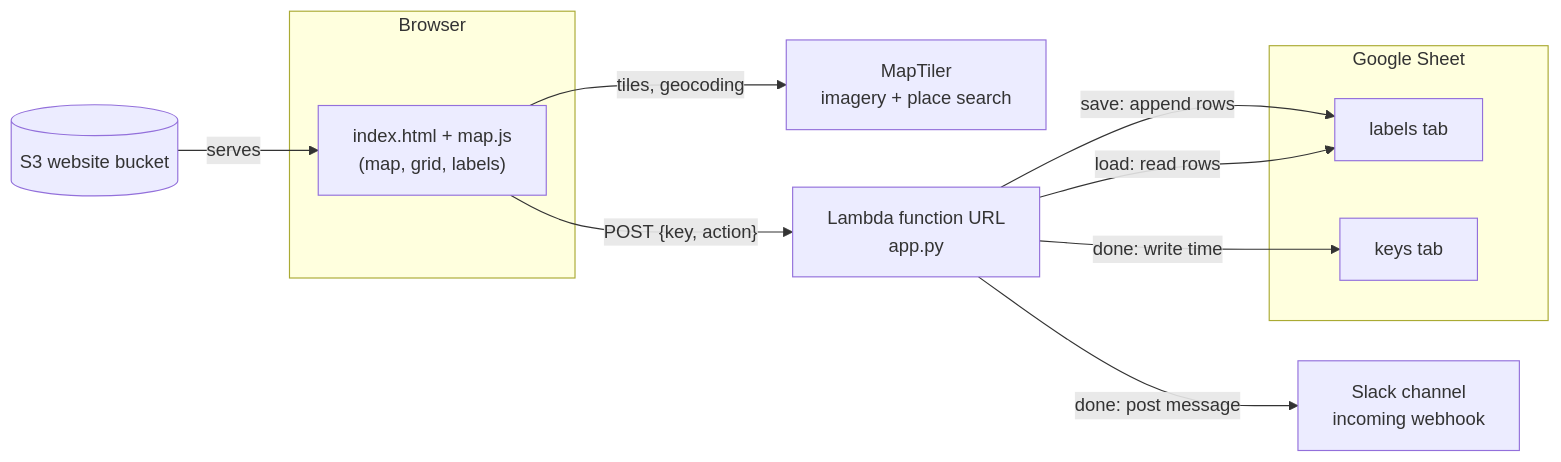
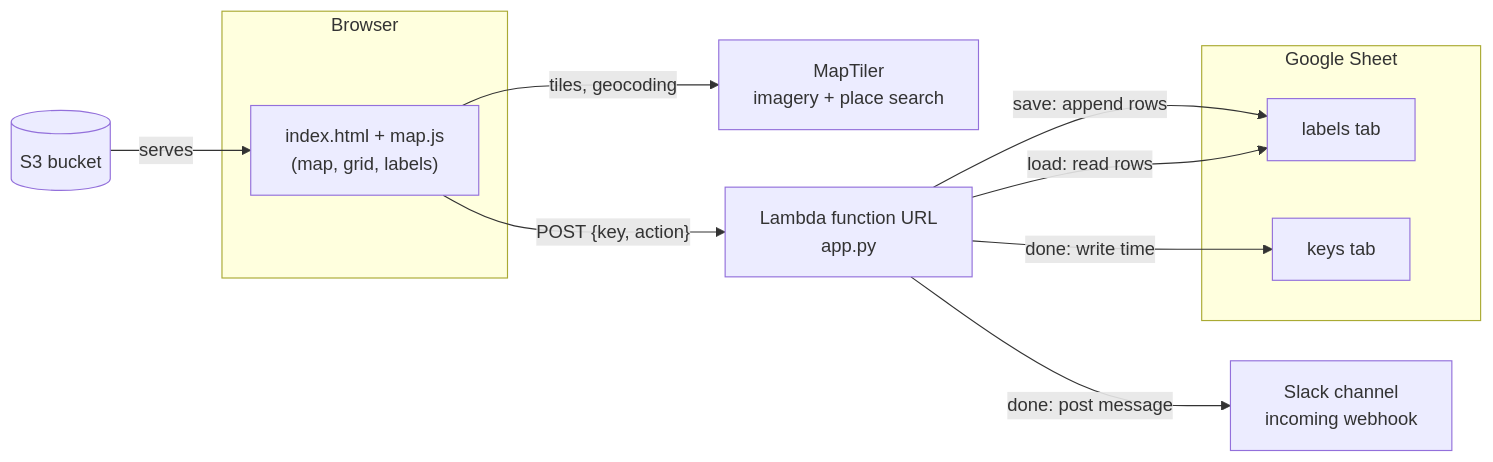
Before and after one commit to kielni/peat-db-tools: the diagram in labeler/README.md, drawn with Mermaid. The commit also changed other lines of this file and 3 other files, not shown here.

````diff
--- a/labeler/README.md
+++ b/labeler/README.md
@@ -35,22 +35,22 @@
 ```mermaid
 flowchart LR
     subgraph Browser
         page["index.html + map.js<br/>(map, grid, labels)"]
     end
-    s3[(S3 website bucket)]
+    s3[(S3 bucket)]
     maptiler[MapTiler<br/>imagery + place search]
     lambda[Lambda function URL<br/>app.py]
     slack[Slack channel<br/>incoming webhook]
     subgraph Sheet[Google Sheet]
         labels[labels tab]
         keys[keys tab]
     end
 
     s3 -- serves --> page
     page -- tiles, geocoding --> maptiler
     page -- "POST {key, action}" --> lambda
     lambda -- "save: append rows" --> labels
     lambda -- "load: read rows" --> labels
     lambda -- "done: write time" --> keys
     lambda -- "done: post message" --> slack
 ```
````
